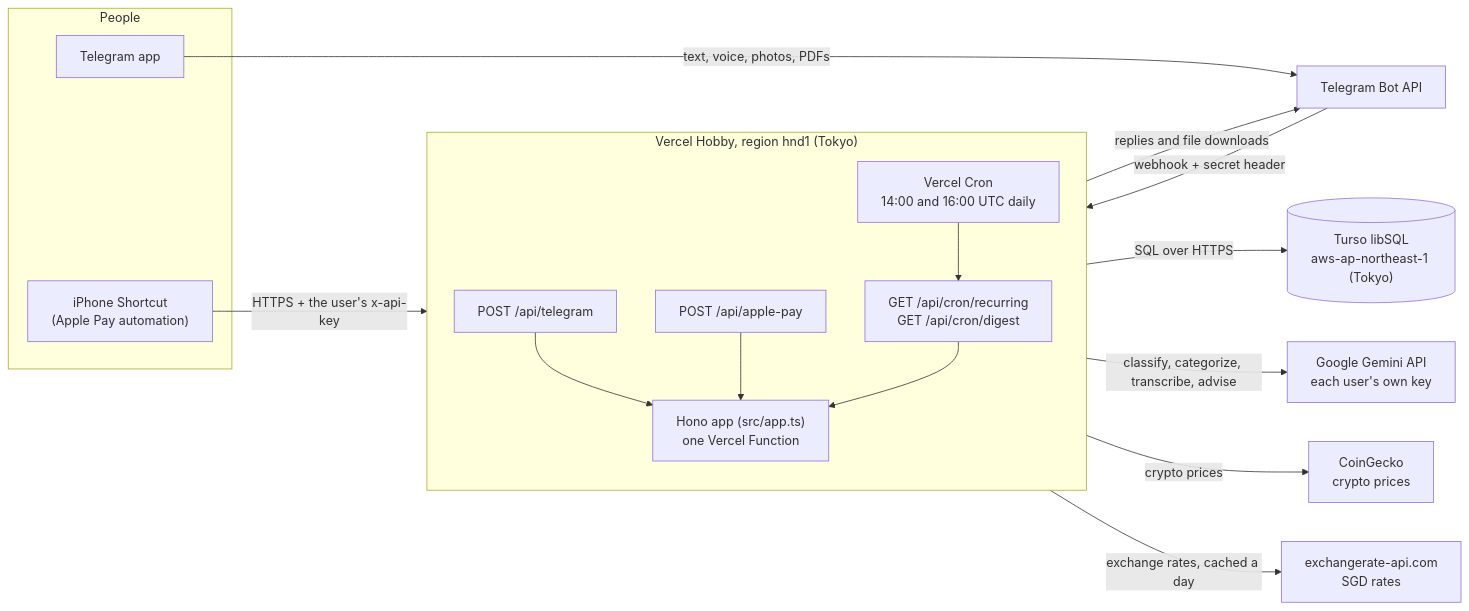
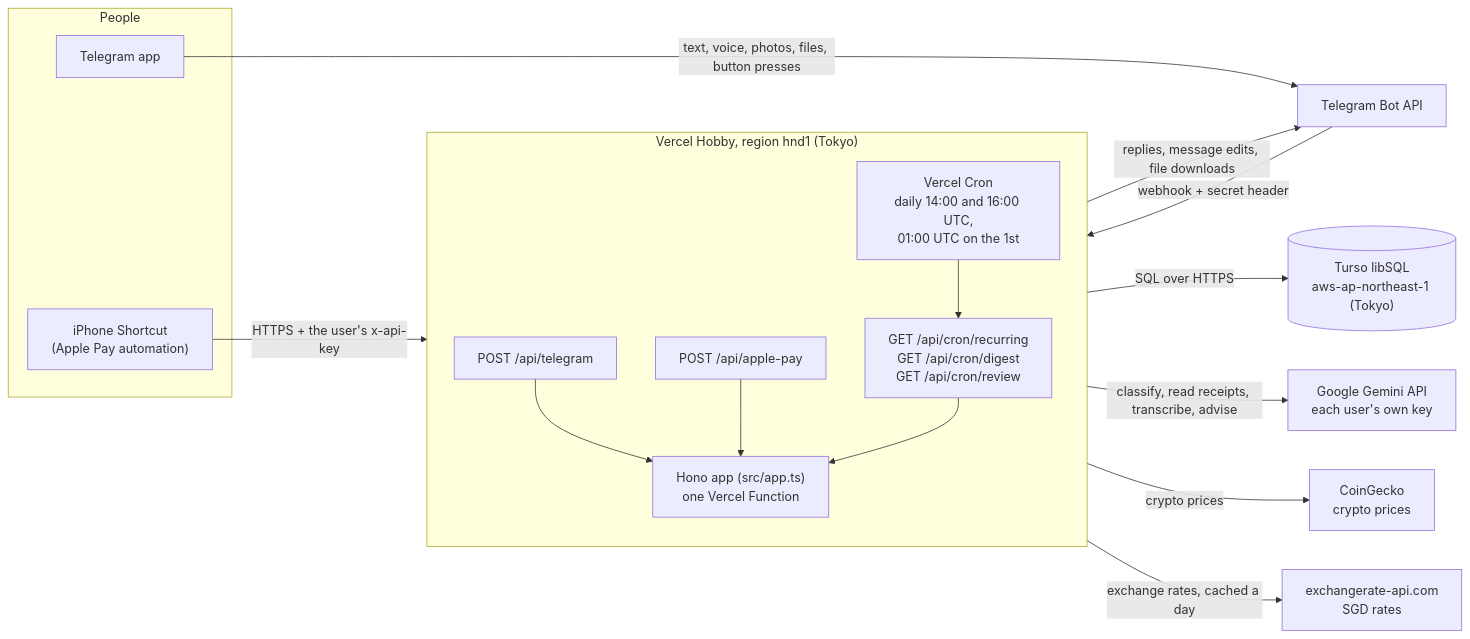
Before and after one commit to zzkhong/plutus-ai: the first of 7 diagrams in docs/architecture.md, drawn with Mermaid. The commit also changed other lines of this file and 3 other files, not shown here.

First line of the commit message:
docs: document buttons, receipts, income, budgets and the month review

````diff
--- a/docs/architecture.md
+++ b/docs/architecture.md
@@ -19,36 +19,36 @@
 ```mermaid
 flowchart LR
     subgraph users["People"]
         tg["Telegram app"]
         ios["iPhone Shortcut<br/>(Apple Pay automation)"]
     end
 
     tgapi["Telegram Bot API"]
 
     subgraph vercel["Vercel Hobby, region hnd1 (Tokyo)"]
         direction TB
-        cron["Vercel Cron<br/>14:00 and 16:00 UTC daily"]
+        cron["Vercel Cron<br/>daily 14:00 and 16:00 UTC,<br/>01:00 UTC on the 1st"]
         rtg["POST /api/telegram"]
         rap["POST /api/apple-pay"]
-        rcron["GET /api/cron/recurring<br/>GET /api/cron/digest"]
+        rcron["GET /api/cron/recurring<br/>GET /api/cron/digest<br/>GET /api/cron/review"]
         app["Hono app (src/app.ts)<br/>one Vercel Function"]
         rtg --> app
         rap --> app
         rcron --> app
         cron --> rcron
     end
 
     turso[("Turso libSQL<br/>aws-ap-northeast-1 (Tokyo)")]
     gemini["Google Gemini API<br/>each user's own key"]
     prices["CoinGecko<br/>crypto prices"]
     fxapi["exchangerate-api.com<br/>SGD rates"]
 
-    tg -- "text, voice, photos, PDFs" --> tgapi
+    tg -- "text, voice, photos, files, button presses" --> tgapi
     tgapi -- "webhook + secret header" --> rtg
     ios -- "HTTPS + the user's x-api-key" --> rap
-    app -- "replies and file downloads" --> tgapi
+    app -- "replies, message edits, file downloads" --> tgapi
     app -- "SQL over HTTPS" --> turso
-    app -- "classify, categorize, transcribe, advise" --> gemini
+    app -- "classify, read receipts, transcribe, advise" --> gemini
     app -- "crypto prices" --> prices
     app -- "exchange rates, cached a day" --> fxapi
 ```
````
